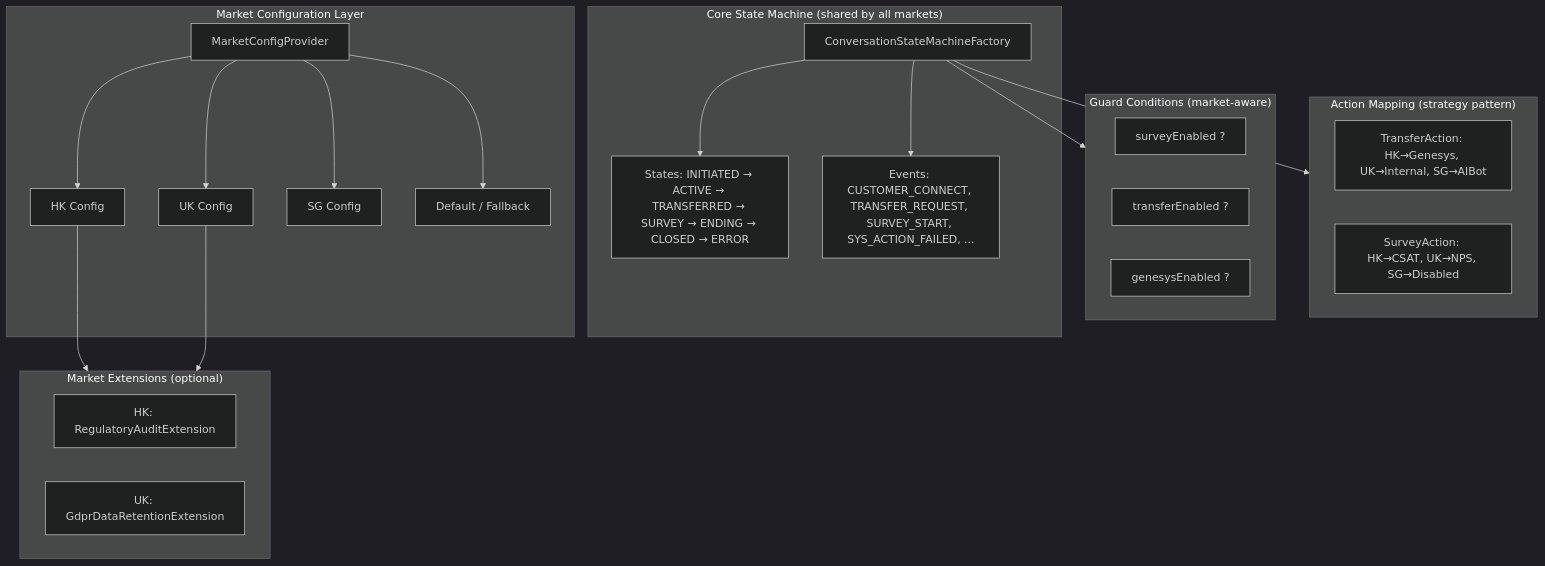
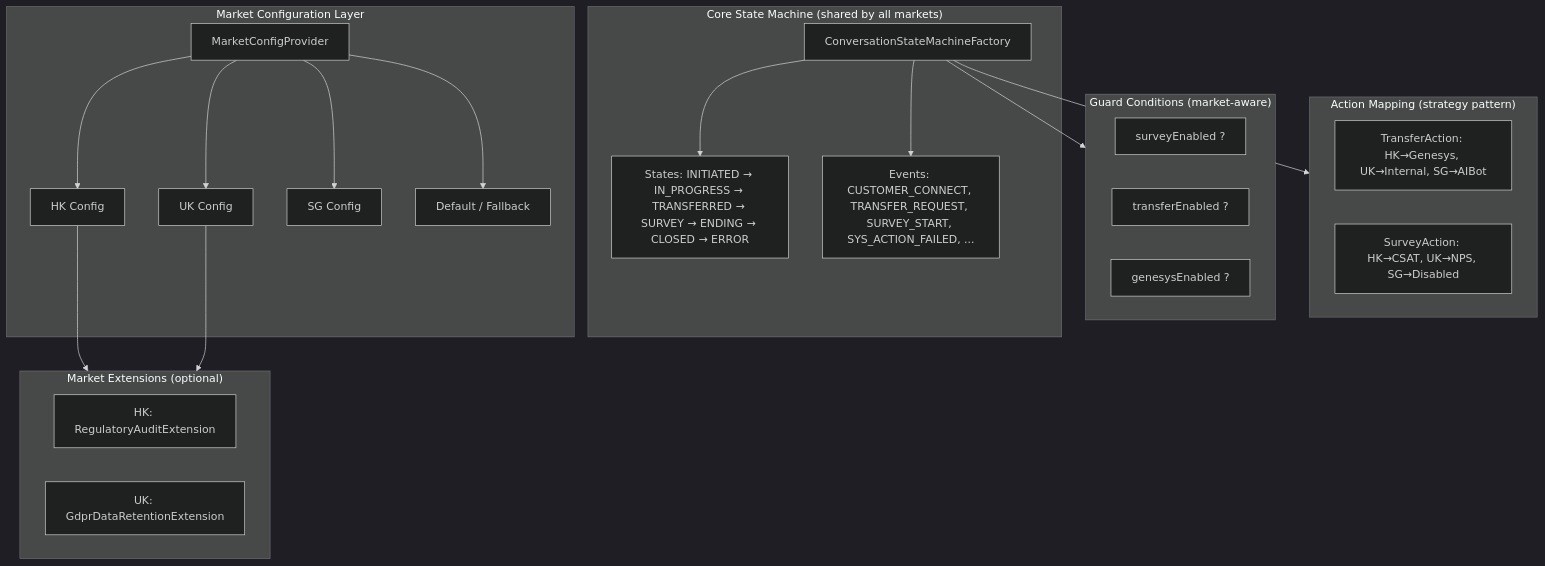
Before and after one commit to huangzhiqiu/ai-knowledge-design: the diagram in 08-Code/state-machine/docs/06-Multi-Market-Design.md, drawn with Mermaid (dark theme). The commit also changed other lines of this file and 23 other files, not shown here.

````diff
--- a/08-Code/state-machine/docs/06-Multi-Market-Design.md
+++ b/08-Code/state-machine/docs/06-Multi-Market-Design.md
@@ -92,43 +92,43 @@
 ```mermaid
 flowchart TB
     subgraph Core["Core State Machine (shared by all markets)"]
         SM[ConversationStateMachineFactory]
-        STATES[States: INITIATED → ACTIVE → TRANSFERRED → SURVEY → ENDING → CLOSED → ERROR]
+        STATES[States: INITIATED → IN_PROGRESS → TRANSFERRED → SURVEY → ENDING → CLOSED → ERROR]
         EVENTS[Events: CUSTOMER_CONNECT, TRANSFER_REQUEST, SURVEY_START, SYS_ACTION_FAILED, ...]
     end
 
     subgraph Config["Market Configuration Layer"]
         PROVIDER[MarketConfigProvider]
         HK[HK Config]
         UK[UK Config]
         SG[SG Config]
         DEFAULT[Default / Fallback]
     end
 
     subgraph Guards["Guard Conditions (market-aware)"]
         G1[surveyEnabled ?]
         G2[transferEnabled ?]
         G3[genesysEnabled ?]
     end
 
     subgraph Actions["Action Mapping (strategy pattern)"]
         A1[TransferAction: HK→Genesys, UK→Internal, SG→AIBot]
         A2[SurveyAction: HK→CSAT, UK→NPS, SG→Disabled]
     end
 
     subgraph Extensions["Market Extensions (optional)"]
         EXT_HK[HK: RegulatoryAuditExtension]
         EXT_UK[UK: GdprDataRetentionExtension]
     end
 
     SM --> STATES
     SM --> EVENTS
     PROVIDER --> HK
     PROVIDER --> UK
     PROVIDER --> SG
     PROVIDER --> DEFAULT
     SM --> Guards
     SM --> Actions
     HK --> Extensions
     UK --> Extensions
 ```
````
